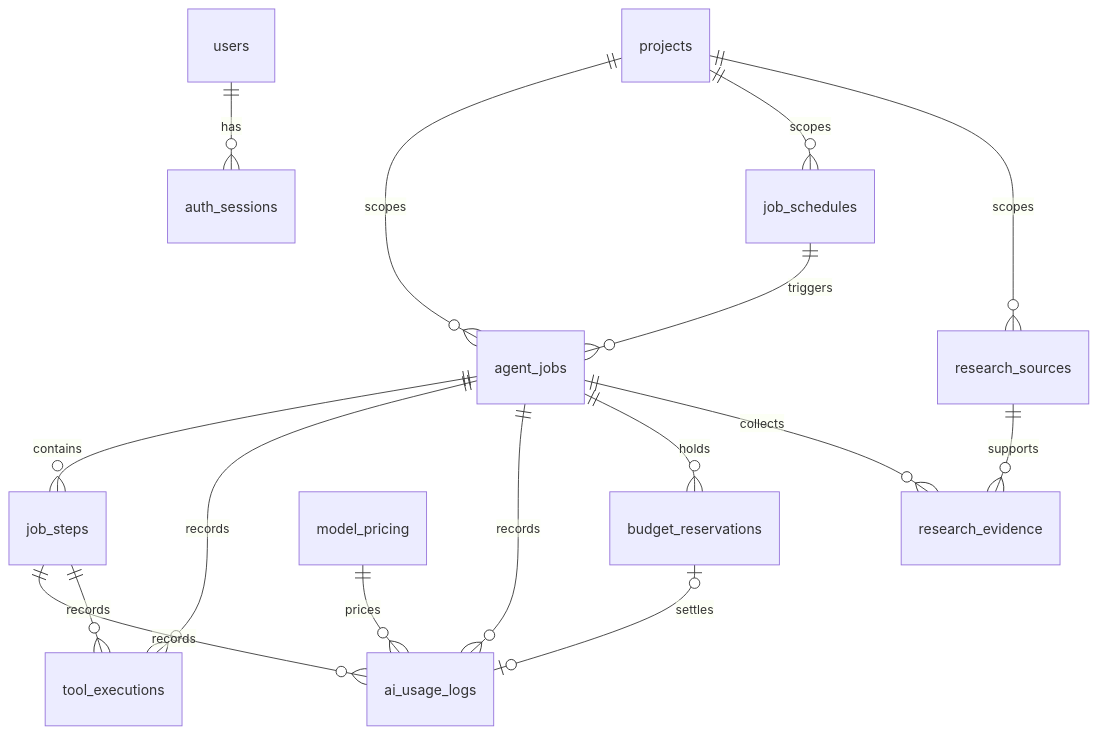
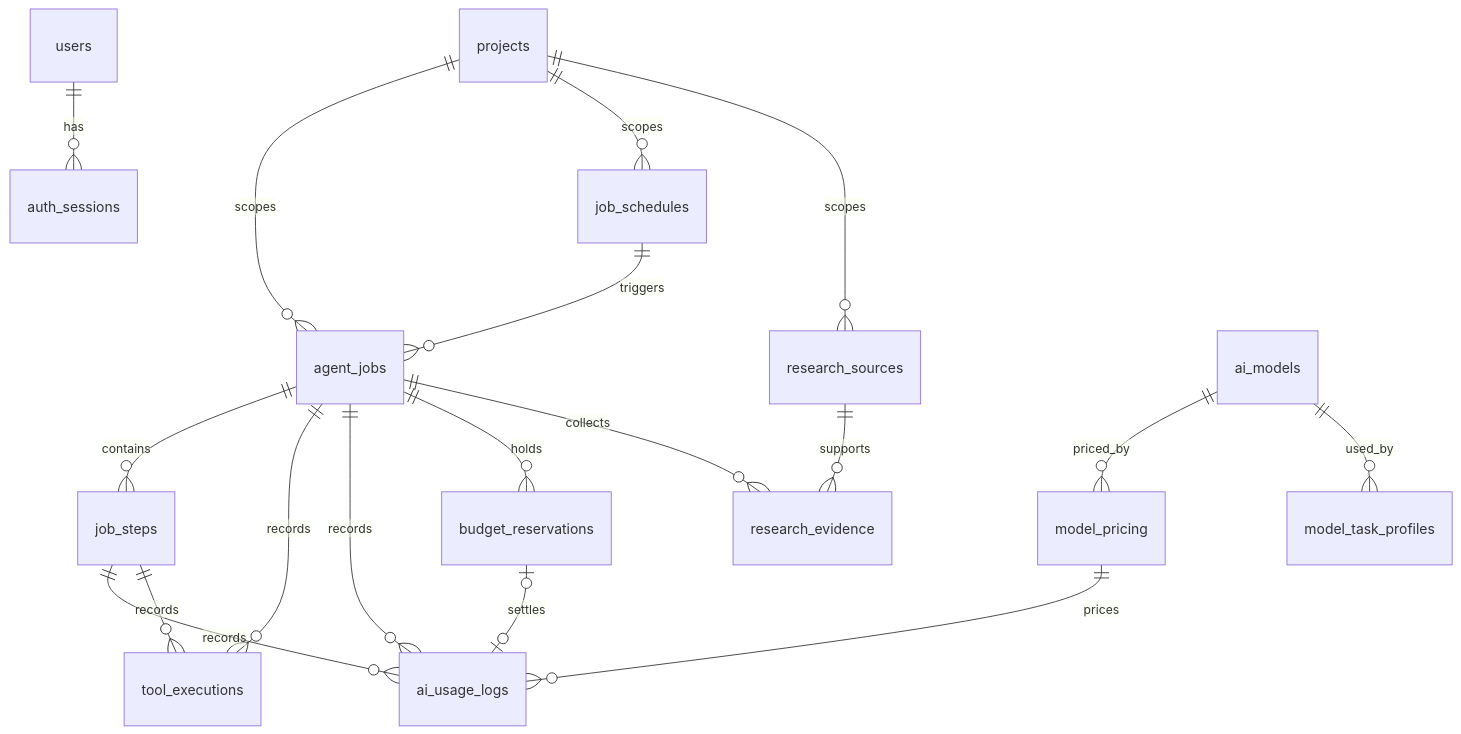
The first of 3 diagrams in specs/001-foundation-ai-infrastructure/data-model.md (tuan26/NichePilot), drawn with Mermaid before and after one commit. The commit also changed other lines of this file and 12 other files, not shown here.

````diff
--- a/specs/001-foundation-ai-infrastructure/data-model.md
+++ b/specs/001-foundation-ai-infrastructure/data-model.md
@@ -18,18 +18,20 @@
 ```mermaid
 erDiagram
   users ||--o{ auth_sessions : has
   projects ||--o{ agent_jobs : scopes
   projects ||--o{ job_schedules : scopes
   projects ||--o{ research_sources : scopes
   job_schedules ||--o{ agent_jobs : triggers
   agent_jobs ||--o{ job_steps : contains
   agent_jobs ||--o{ tool_executions : records
   agent_jobs ||--o{ ai_usage_logs : records
   agent_jobs ||--o{ budget_reservations : holds
   job_steps ||--o{ ai_usage_logs : records
   job_steps ||--o{ tool_executions : records
   model_pricing ||--o{ ai_usage_logs : prices
+  ai_models ||--o{ model_pricing : priced_by
+  ai_models ||--o{ model_task_profiles : used_by
   budget_reservations |o--o| ai_usage_logs : settles
   research_sources ||--o{ research_evidence : supports
   agent_jobs ||--o{ research_evidence : collects
 ```
````
